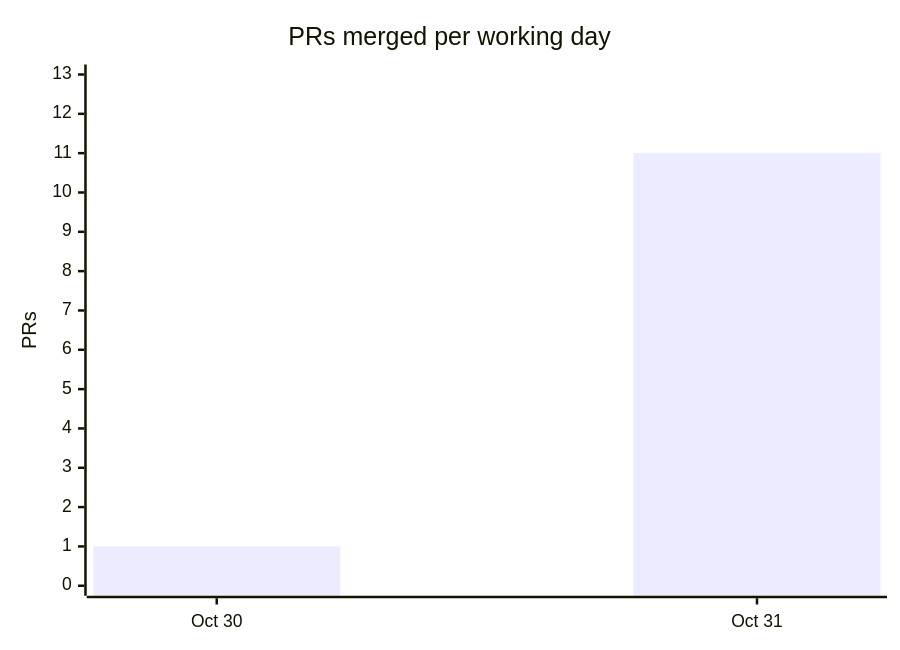
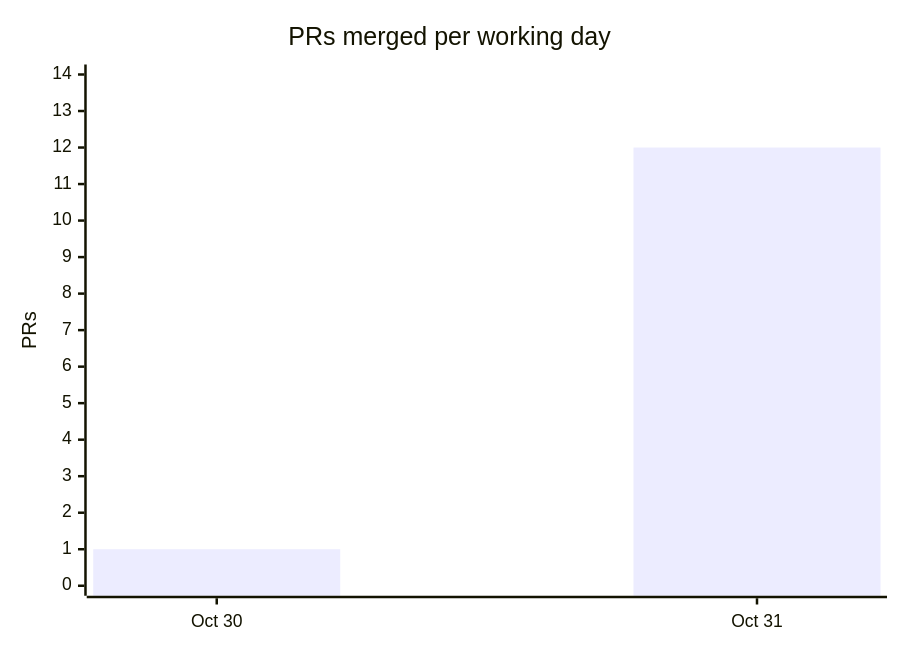
One commit to cmprssd/nfsh changed the fourth of 4 diagrams in docs/OVERVIEW.md. Above: the diagram before and after it, drawn with Mermaid. The commit also changed other lines of this file and 21 other files, not shown here.

````diff
--- a/docs/OVERVIEW.md
+++ b/docs/OVERVIEW.md
@@ -132,7 +139,7 @@
 ```mermaid
 xychart-beta
     title "PRs merged per working day"
     x-axis ["Oct 30", "Oct 31"]
-    y-axis "PRs" 0 --> 13
-    bar [1, 11]
+    y-axis "PRs" 0 --> 14
+    bar [1, 12]
 ```
````
